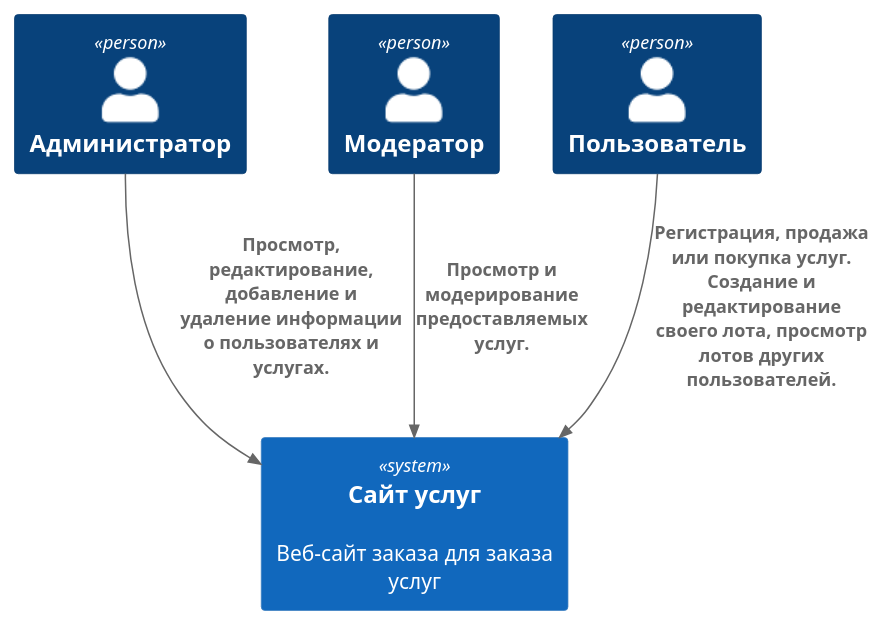
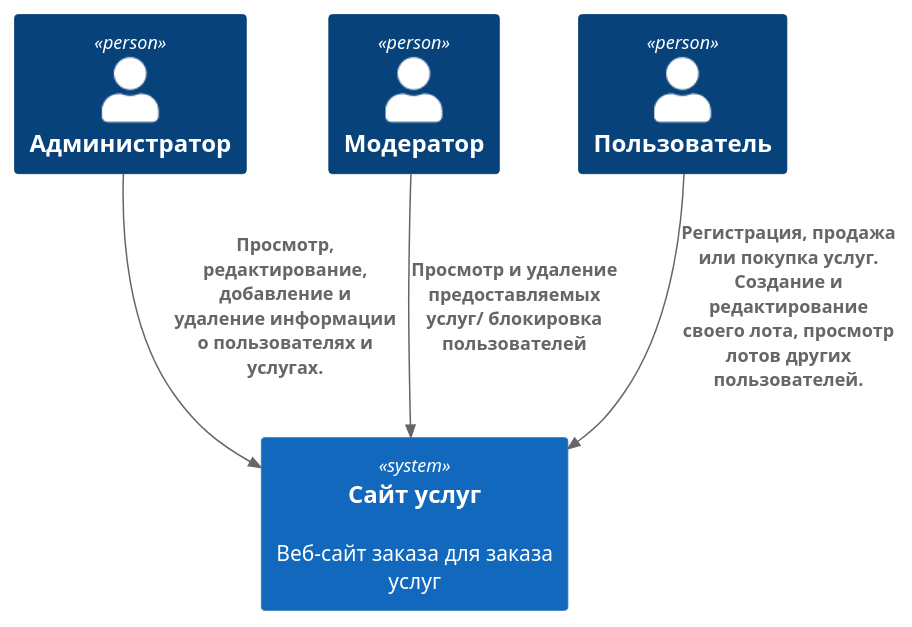
The diagram in context.md (PavelProjects/arch_lab), drawn with PlantUML before and after one commit. The commit also changed 1 other file, not shown here.

````diff
--- a/context.md
+++ b/context.md
@@ -3,16 +3,16 @@
 ```plantuml
 @startuml
 !include https://raw.githubusercontent.com/plantuml-stdlib/C4-PlantUML/master/C4_Container.puml
 
 Person(admin, "Администратор")
 Person(moderator, "Модератор")
 Person(user, "Пользователь")
 
 System(web, "Сайт услуг", "Веб-сайт заказа для заказа услуг")
 
 Rel(admin, web, "Просмотр, редактирование, добавление и удаление информации о пользователях и услугах.")
-Rel(moderator, web, "Просмотр и модерирование предоставляемых услуг.")
+Rel(moderator, web, "Просмотр и удаление предоставляемых услуг/ блокировка пользователей")
 Rel(user, web, "Регистрация, продажа или покупка услуг. Создание и редактирование своего лота, просмотр лотов других пользователей.")
 
 @enduml
 ```
````
